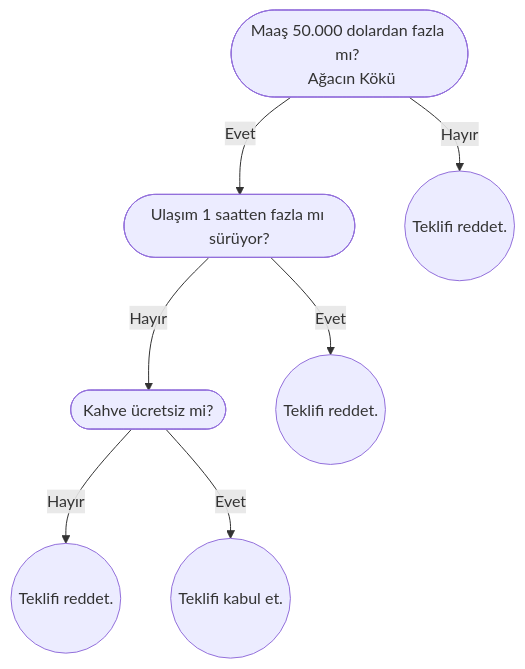
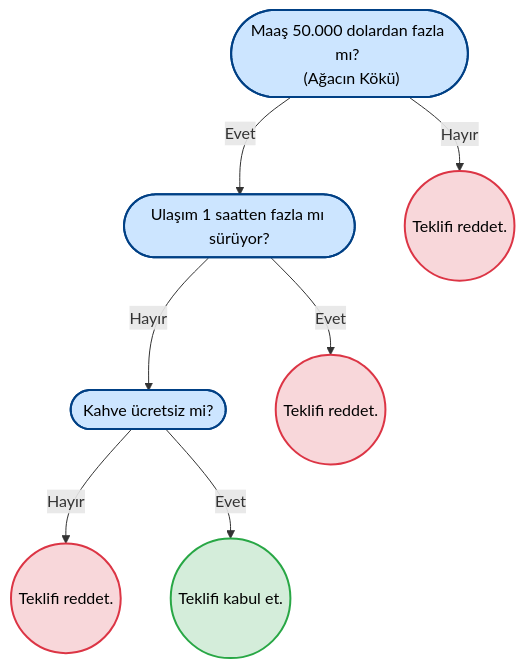
One commit to meto-data/noetic-logos changed the third of 4 diagrams in content/1-ders-notlari/2-sinif/2-2-bahar/veri-madenciligi/Teorik Notlar/veri-madenciligi-4.md. Above: the diagram before and after it, drawn with Mermaid. The commit also changed other lines of this file, not shown here.

````diff
--- a/content/1-ders-notlari/2-sinif/2-2-bahar/veri-madenciligi/Teorik Notlar/veri-madenciligi-4.md
+++ b/content/1-ders-notlari/2-sinif/2-2-bahar/veri-madenciligi/Teorik Notlar/veri-madenciligi-4.md
@@ -194,25 +195,35 @@
 ```mermaid
-graph TD
+flowchart TD
+
     %% Kök Düğüm
-    A(["Maaş 50.000 dolardan fazla mı? <br> Ağacın Kökü"])
-
+    A(["Maaş 50.000 dolardan fazla mı? <br> (Ağacın Kökü)"])
+    
     %% İç Düğümler
     B(["Ulaşım 1 saatten fazla mı sürüyor?"])
     C(["Kahve ücretsiz mi?"])
 
     %% Yapraklar (Tahmin/Karar)
     L1(("Teklifi reddet."))
     L2(("Teklifi reddet."))
     L3(("Teklifi reddet."))
     L4(("Teklifi kabul et."))
 
     %% Bağlantılar (Edge'ler / Dallanmalar)
     A -->|"Evet"| B
     A -->|"Hayır"| L1
-    
+
     B -->|"Hayır"| C
     B -->|"Evet"| L2
-    
+
     C -->|"Hayır"| L3
-    C -->|"Evet"| L4 
+    C -->|"Evet"| L4
+
+    %% Obsidian Uyumlu Renklendirmeler ve Stiller
+    style A fill:#cce5ff,stroke:#004085,stroke-width:2px,color:#000000
+    style B fill:#cce5ff,stroke:#004085,stroke-width:2px,color:#000000
+    style C fill:#cce5ff,stroke:#004085,stroke-width:2px,color:#000000
+    style L1 fill:#f8d7da,stroke:#dc3545,stroke-width:2px,color:#000000
+    style L2 fill:#f8d7da,stroke:#dc3545,stroke-width:2px,color:#000000
+    style L3 fill:#f8d7da,stroke:#dc3545,stroke-width:2px,color:#000000
+    style L4 fill:#d4edda,stroke:#28a745,stroke-width:2px,color:#000000
 ```    
````
